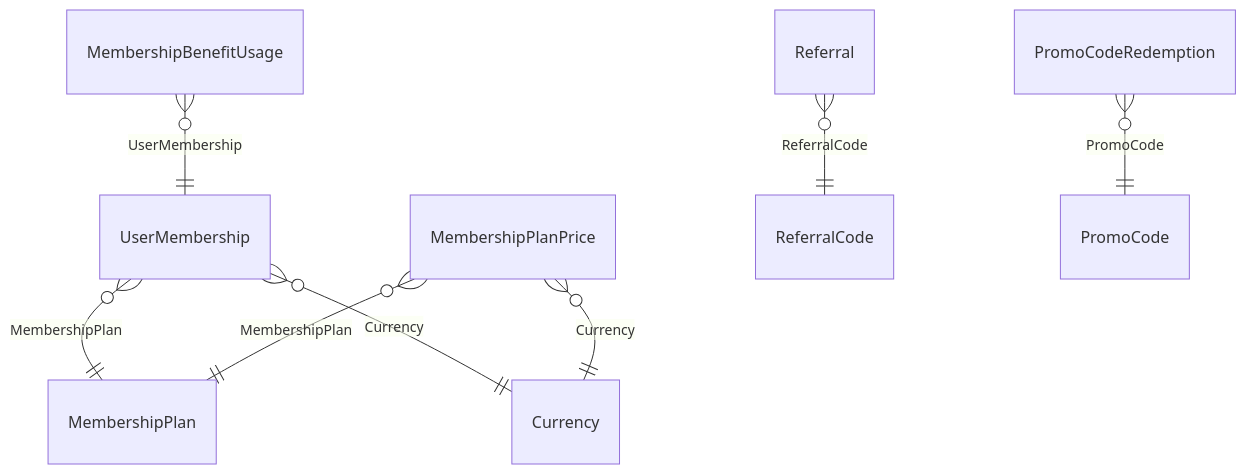
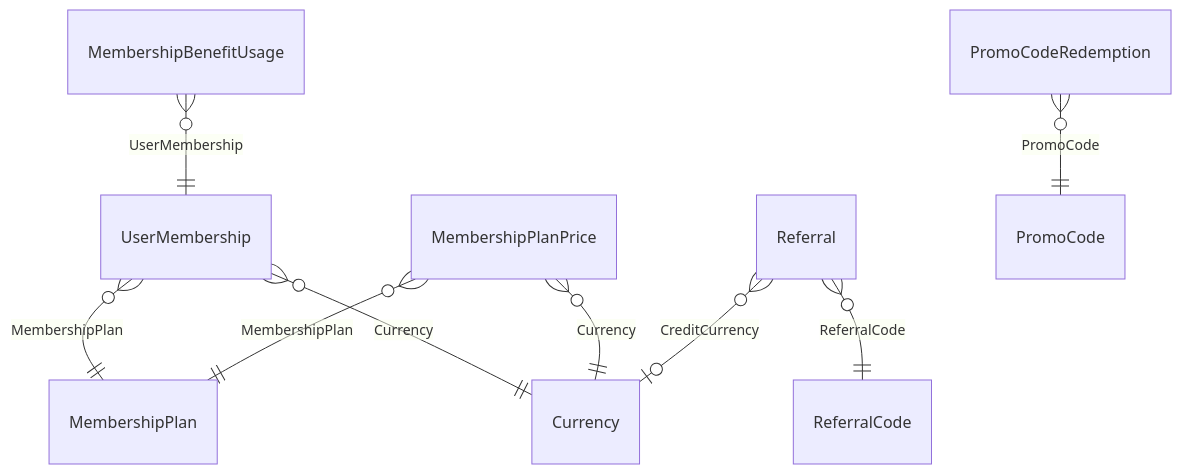
One commit to VM-s-Solutions/cleansia changed the sixth of 6 diagrams in docs/domain/model.md. Above: the diagram before and after it, drawn with Mermaid. The commit also changed other lines of this file and 7 other files, not shown here.

Commit message:
docs(referrals): a referral pays both sides credit in the order currency from ReferralCredit, a reversal takes only what is left, and the 2026-10-05 texts close the lag

````diff
--- a/docs/domain/model.md
+++ b/docs/domain/model.md
@@ -306,10 +307,11 @@
 ```mermaid
 erDiagram
   UserMembership }o--|| MembershipPlan : "MembershipPlan"
   UserMembership }o--|| Currency : "Currency"
   MembershipPlanPrice }o--|| MembershipPlan : "MembershipPlan"
   MembershipPlanPrice }o--|| Currency : "Currency"
   Referral }o--|| ReferralCode : "ReferralCode"
+  Referral }o--o| Currency : "CreditCurrency"
   PromoCodeRedemption }o--|| PromoCode : "PromoCode"
   MembershipBenefitUsage }o--|| UserMembership : "UserMembership"
 ```
````
